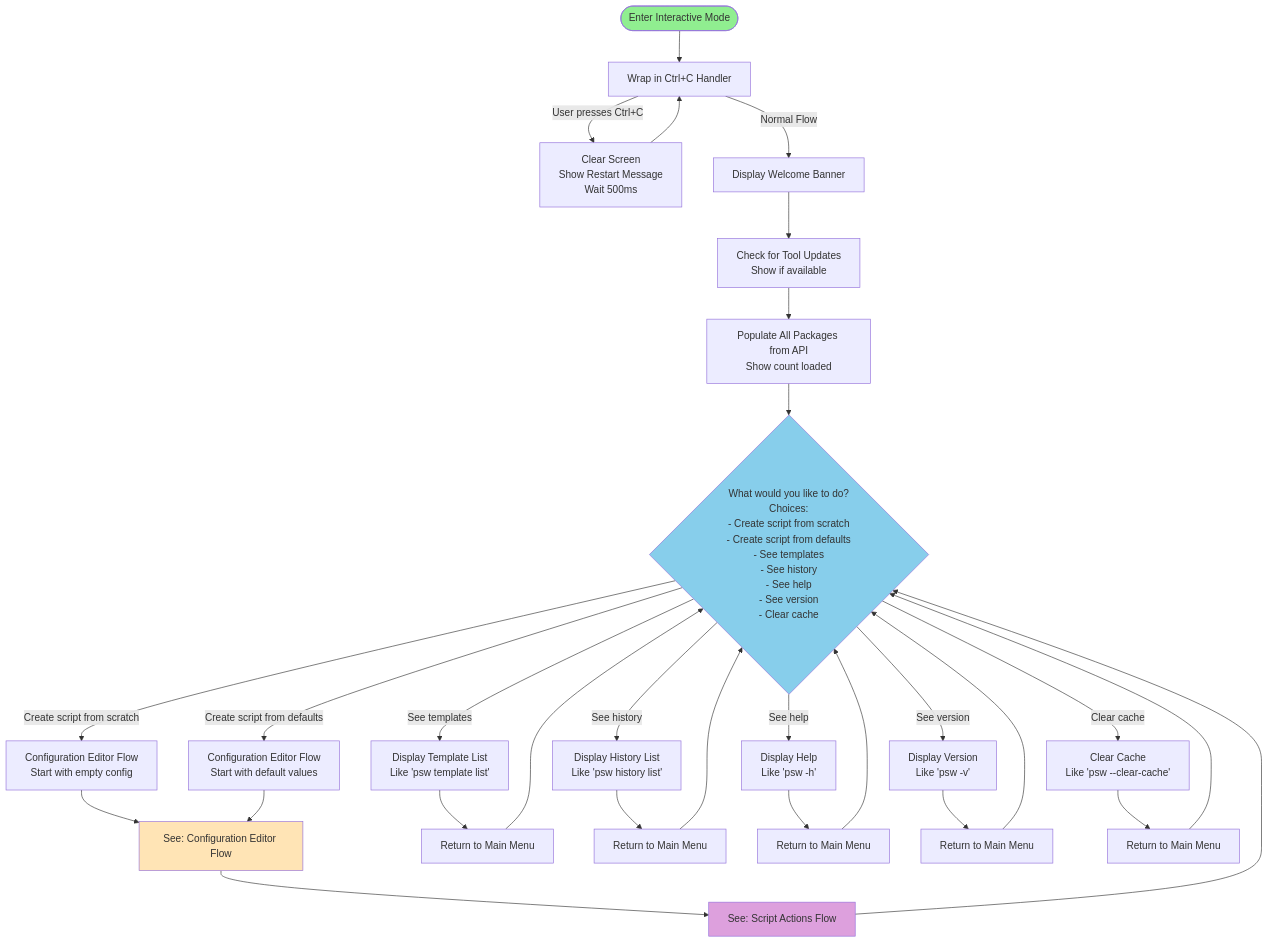
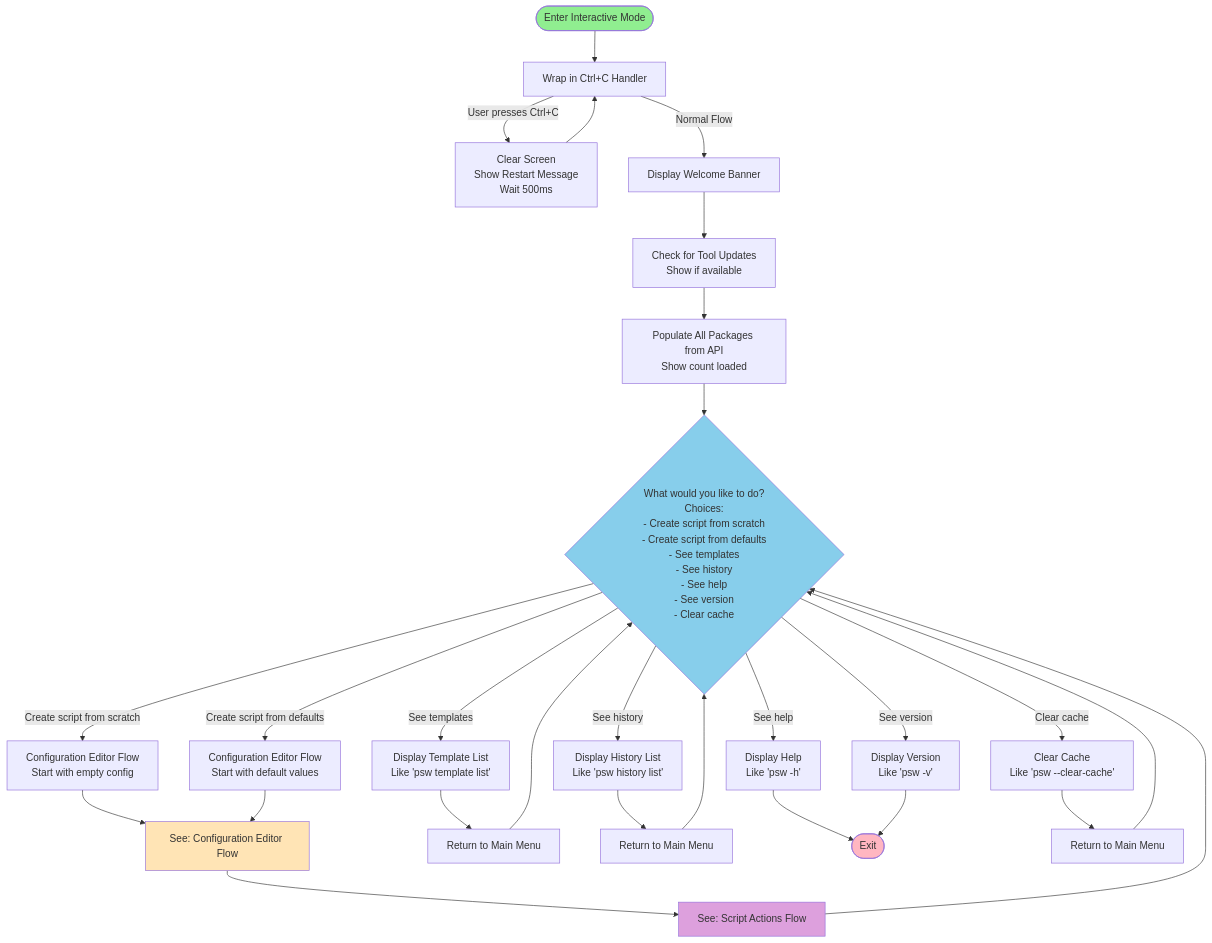
Before and after one commit to prjseal/Package-Script-Writer: the second of 8 diagrams in CLI-Interactive-Mode-Flow.md, drawn with Mermaid.

Commit message:
Allow exit after displaying help or version
Updated Interactive Mode flow to allow clean exit after:
- See help → Exit (no return to menu)
- See version → Exit (no return to menu)

Other menu options still return to main menu:
- See templates → Return to menu
- See history → Return to menu
- Clear cache → Return to menu
- Script actions → Return to menu

This makes sense as help and version are informational queries
that users typically want to run standalone, while other options
are part of an interactive workflow.

````diff
--- a/CLI-Interactive-Mode-Flow.md
+++ b/CLI-Interactive-Mode-Flow.md
@@ -52,45 +52,44 @@
 ```mermaid
 flowchart TD
     Start([Enter Interactive Mode]) --> CtrlCWrapper[Wrap in Ctrl+C Handler]
 
     CtrlCWrapper -->|User presses Ctrl+C| Restart[Clear Screen<br/>Show Restart Message<br/>Wait 500ms]
     Restart --> CtrlCWrapper
 
     CtrlCWrapper -->|Normal Flow| DisplayBanner[Display Welcome Banner]
     DisplayBanner --> CheckUpdates[Check for Tool Updates<br/>Show if available]
     CheckUpdates --> PopulatePackages[Populate All Packages from API<br/>Show count loaded]
 
     PopulatePackages --> MainMenu{What would you like to do?<br/>Choices:<br/>- Create script from scratch<br/>- Create script from defaults<br/>- See templates<br/>- See history<br/>- See help<br/>- See version<br/>- Clear cache}
 
     MainMenu -->|Create script from scratch| ConfigEditorEmpty[Configuration Editor Flow<br/>Start with empty config]
     MainMenu -->|Create script from defaults| ConfigEditorDefaults[Configuration Editor Flow<br/>Start with default values]
     MainMenu -->|See templates| ListTemplates[Display Template List<br/>Like 'psw template list']
     MainMenu -->|See history| ListHistory[Display History List<br/>Like 'psw history list']
     MainMenu -->|See help| ShowHelp[Display Help<br/>Like 'psw -h']
     MainMenu -->|See version| ShowVersion[Display Version<br/>Like 'psw -v']
     MainMenu -->|Clear cache| ClearCache[Clear Cache<br/>Like 'psw --clear-cache']
 
     ConfigEditorEmpty --> ConfigEditor[See: Configuration Editor Flow]
     ConfigEditorDefaults --> ConfigEditor
 
     ConfigEditor --> ScriptActions[See: Script Actions Flow]
 
     ListTemplates --> ReturnToMenu1[Return to Main Menu]
     ListHistory --> ReturnToMenu2[Return to Main Menu]
-    ShowHelp --> ReturnToMenu3[Return to Main Menu]
-    ShowVersion --> ReturnToMenu4[Return to Main Menu]
-    ClearCache --> ReturnToMenu5[Return to Main Menu]
+    ShowHelp --> End([Exit])
+    ShowVersion --> End([Exit])
+    ClearCache --> ReturnToMenu3[Return to Main Menu]
 
     ReturnToMenu1 --> MainMenu
     ReturnToMenu2 --> MainMenu
     ReturnToMenu3 --> MainMenu
-    ReturnToMenu4 --> MainMenu
-    ReturnToMenu5 --> MainMenu
 
     ScriptActions --> MainMenu
 
     style Start fill:#90EE90
+    style End fill:#FFB6C1
     style MainMenu fill:#87CEEB
     style ConfigEditor fill:#FFE4B5
     style ScriptActions fill:#DDA0DD
 ```
````
